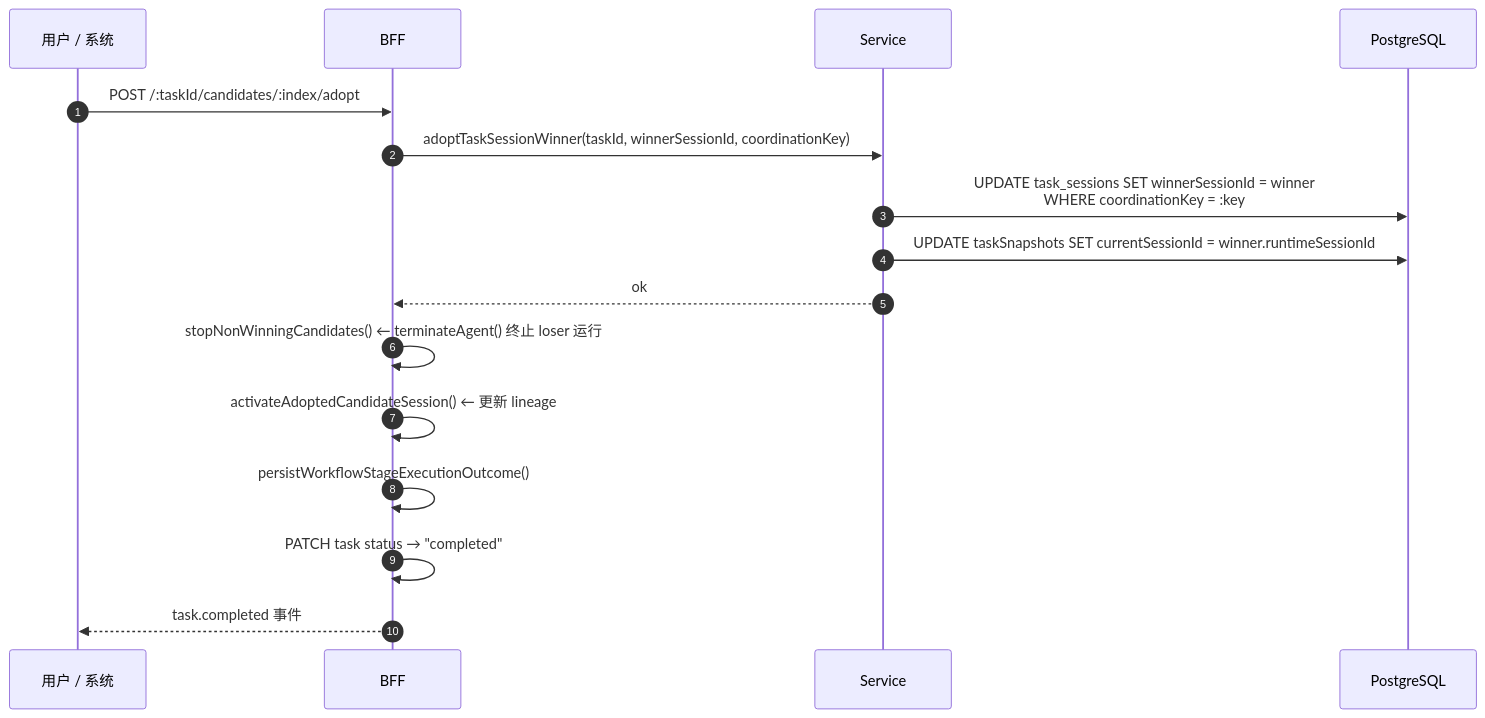
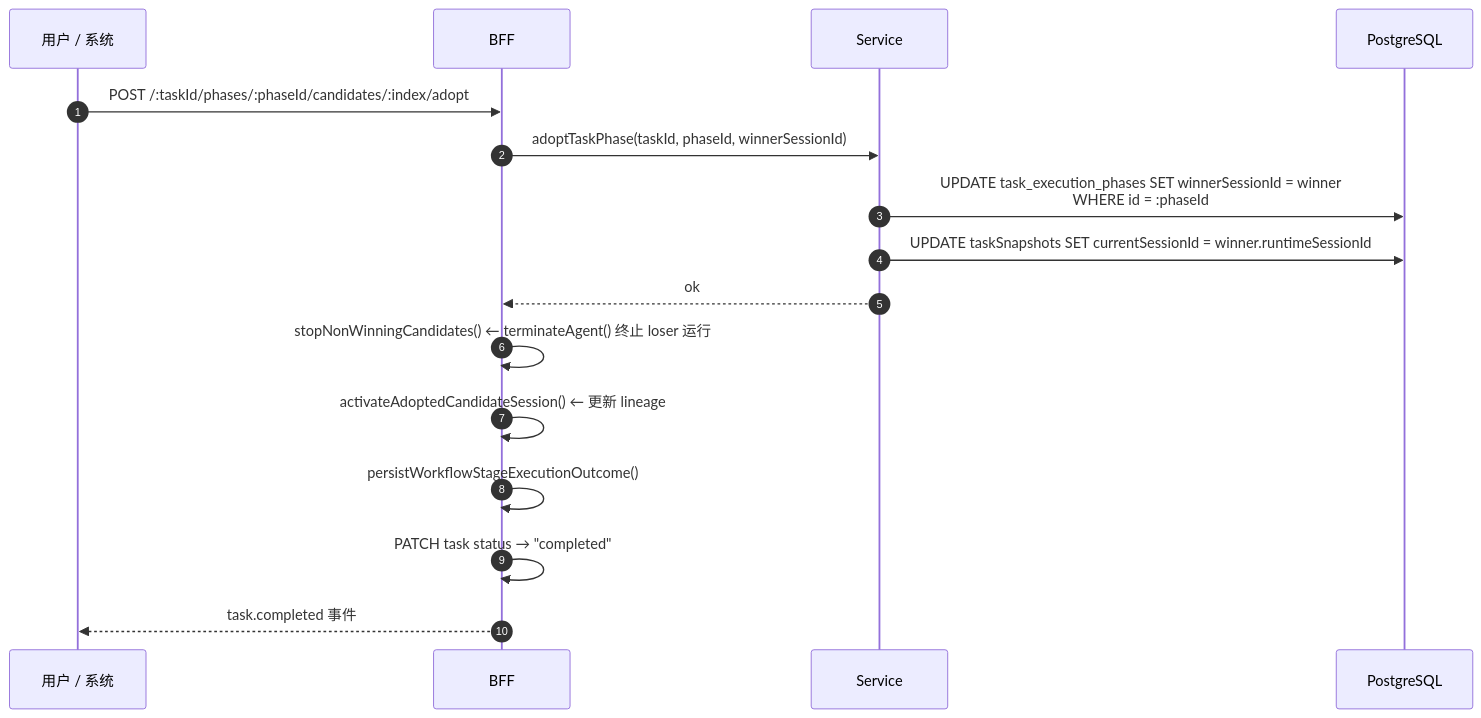
The fourth of 5 diagrams in docs/task-session-message-current-write-path.md (openerserver/openerx), drawn with Mermaid before and after one commit. The commit also changed 99 other files, not shown here.

````diff
--- a/docs/task-session-message-current-write-path.md
+++ b/docs/task-session-message-current-write-path.md
@@ -873,20 +873,20 @@
 ```mermaid
 sequenceDiagram
     autonumber
     participant User as 用户 / 系统
     participant BFF as BFF
     participant CP as Service
     participant DB as PostgreSQL
 
-    User->>BFF: POST /:taskId/candidates/:index/adopt
-    BFF->>CP: adoptTaskSessionWinner(taskId, winnerSessionId, coordinationKey)
-    CP->>DB: UPDATE task_sessions SET winnerSessionId = winner<br/>WHERE coordinationKey = :key
+    User->>BFF: POST /:taskId/phases/:phaseId/candidates/:index/adopt
+    BFF->>CP: adoptTaskPhase(taskId, phaseId, winnerSessionId)
+    CP->>DB: UPDATE task_execution_phases SET winnerSessionId = winner<br/>WHERE id = :phaseId
     CP->>DB: UPDATE taskSnapshots SET currentSessionId = winner.runtimeSessionId
     CP-->>BFF: ok
 
     BFF->>BFF: stopNonWinningCandidates() ← terminateAgent() 终止 loser 运行
     BFF->>BFF: activateAdoptedCandidateSession() ← 更新 lineage
     BFF->>BFF: persistWorkflowStageExecutionOutcome()
     BFF->>BFF: PATCH task status → "completed"
     BFF-->>User: task.completed 事件
 ```
````
